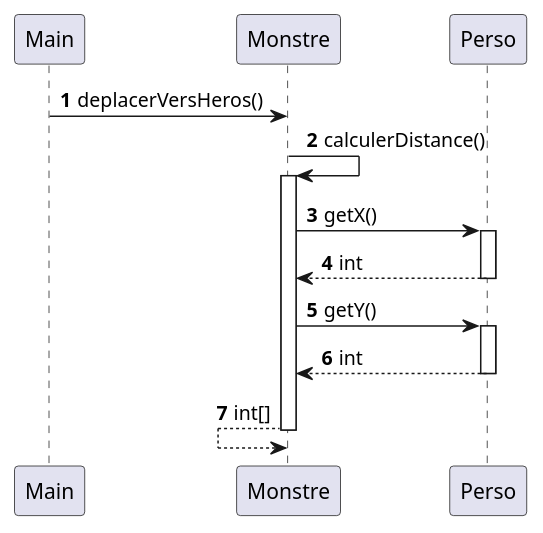
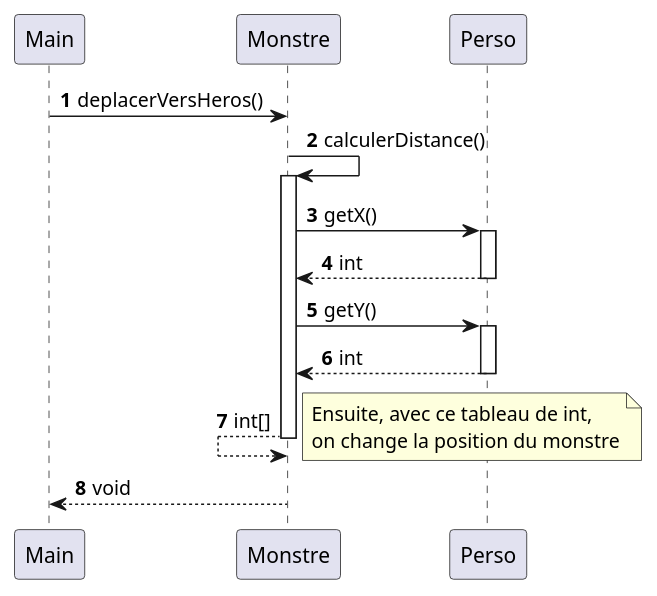
Before and after one commit to crochetremi/2025_Zeldiablo2_e20157u_e82008u_e89209u_e26078u: the diagram in documents/version_3/DS_MonstresAttiresParHeros.puml, drawn with PlantUML.

Commit message:
avancement diagramme de séquence MonstresAttiresParHeros

```diff
--- a/documents/version_3/DS_MonstresAttiresParHeros.puml
+++ b/documents/version_3/DS_MonstresAttiresParHeros.puml
@@ -1,27 +1,33 @@
 @startuml
 'https://plantuml.com/sequence-diagram
 
 autonumber
 
 Main -> Monstre : deplacerVersHeros()
 
 Monstre -> Monstre : calculerDistance()
 
 
 activate Monstre
 
 Monstre -> Perso : getX()
 activate Perso
 Monstre <-- Perso : int
 deactivate Perso
 
 Monstre -> Perso : getY()
 activate Perso
 Monstre <-- Perso : int
 deactivate Perso
 
 Monstre <-- Monstre : int[]
 deactivate Monstre
 
+note right
+Ensuite, avec ce tableau de int,
+on change la position du monstre
+end note
+
+Main <-- Monstre : void
 
 @enduml
```
